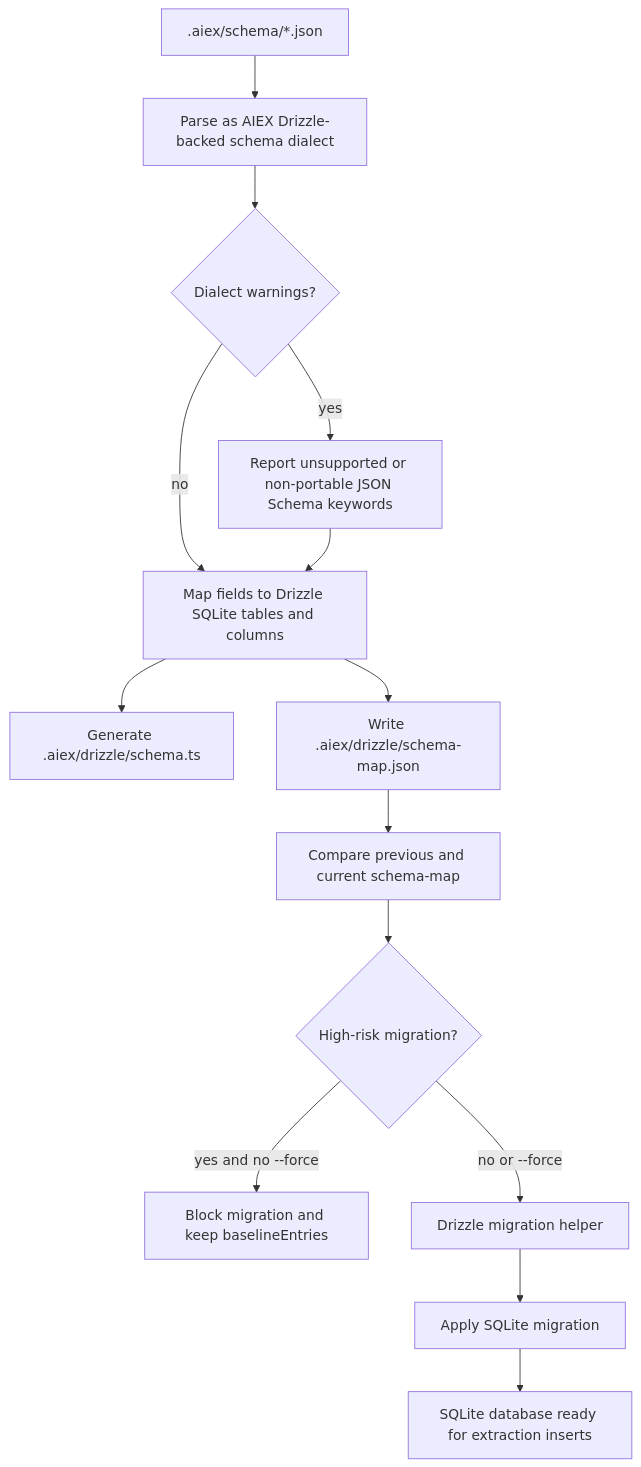
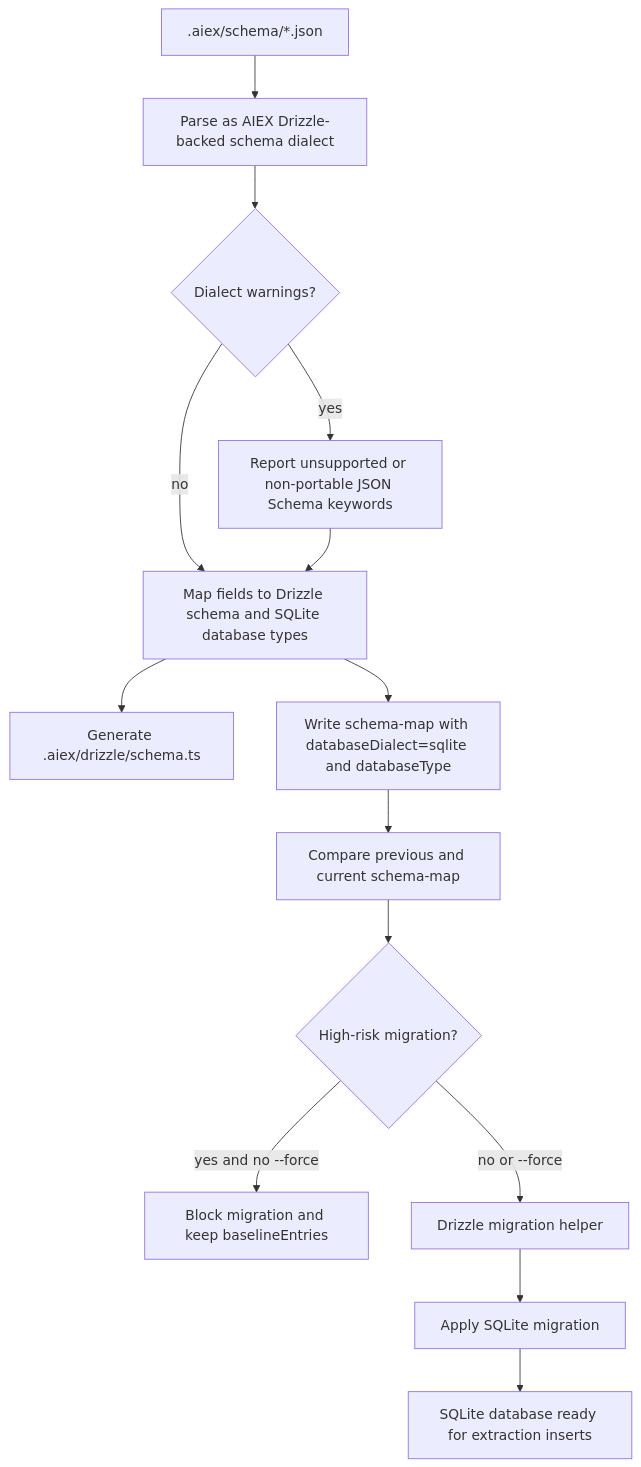
The first of 7 diagrams in docs/flow-chart.md (OSpoon/aiex-cli), drawn with Mermaid before and after one commit. The commit also changed other lines of this file and 29 other files, not shown here.

````diff
--- a/docs/flow-chart.md
+++ b/docs/flow-chart.md
@@ -7,16 +7,16 @@
 ```mermaid
 flowchart TD
   S0[".aiex/schema/*.json"] --> S1["Parse as AIEX Drizzle-backed schema dialect"]
   S1 --> S2{"Dialect warnings?"}
   S2 -->|"yes"| S3["Report unsupported or non-portable JSON Schema keywords"]
   S2 -->|"no"| S4
-  S3 --> S4["Map fields to Drizzle SQLite tables and columns"]
+  S3 --> S4["Map fields to Drizzle schema and SQLite database types"]
   S4 --> S5["Generate .aiex/drizzle/schema.ts"]
-  S4 --> S6["Write .aiex/drizzle/schema-map.json"]
+  S4 --> S6["Write schema-map with databaseDialect=sqlite and databaseType"]
   S6 --> R1["Compare previous and current schema-map"]
   R1 --> R2{"High-risk migration?"}
   R2 -->|"yes and no --force"| R3["Block migration and keep baselineEntries"]
   R2 -->|"no or --force"| S7["Drizzle migration helper"]
   S7 --> S8["Apply SQLite migration"]
   S8 --> S9["SQLite database ready for extraction inserts"]
 ```
````
